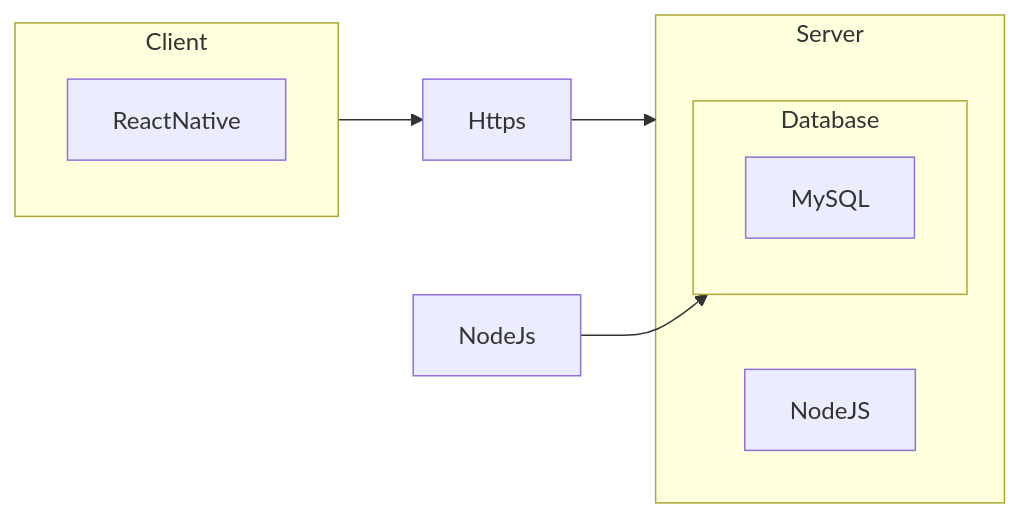
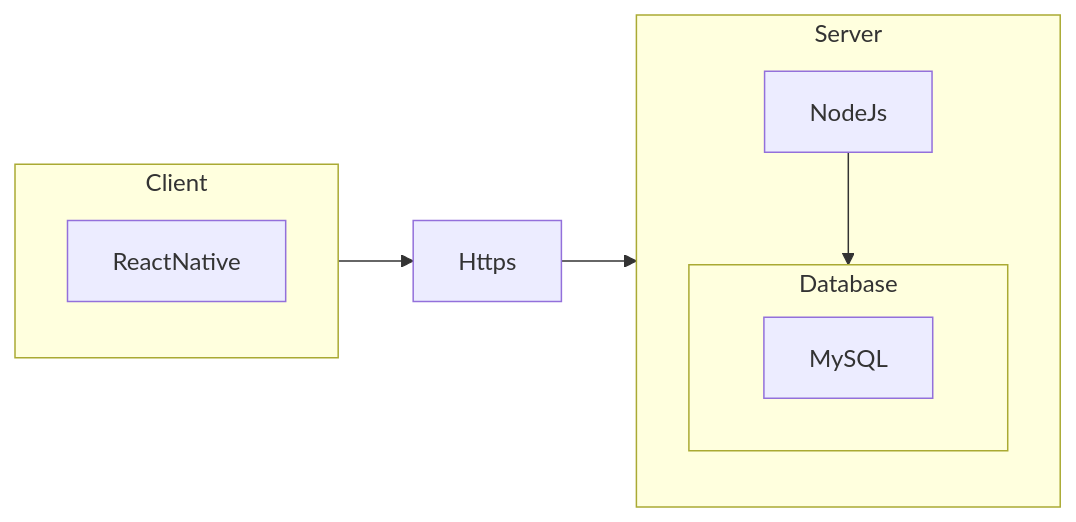
The second of 2 diagrams in job interview.MD (fahrizap/Kodein), drawn with Mermaid before and after one commit.

Commit message:
Update job interview.MD

````diff
--- a/job interview.MD
+++ b/job interview.MD
@@ -118,16 +118,16 @@
 ```mermaid
 flowchart LR
   subgraph Client
   ReactNative
   end
   subgraph Server
-  NodeJS
+  NodeJs
     subgraph Database
     MySQL
     end
   end
   Client --> Https --> Server
   NodeJs --> Database
 
   
 ```
````
